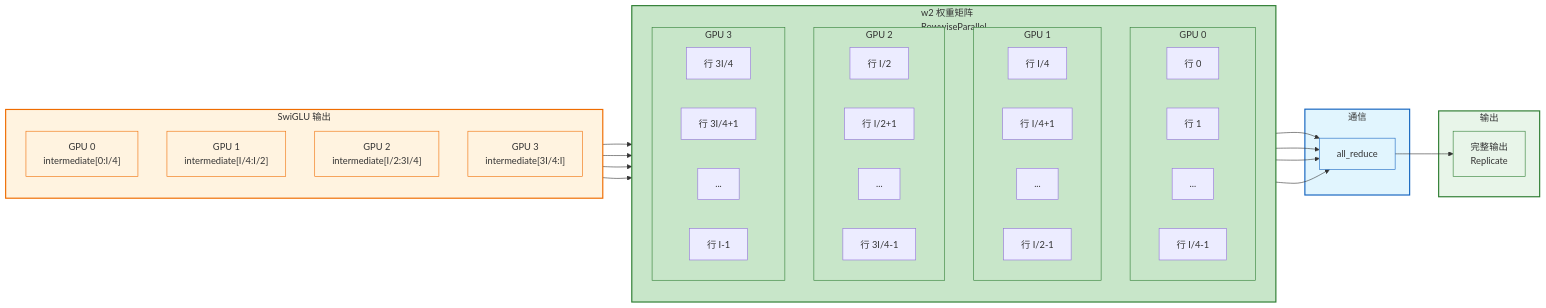
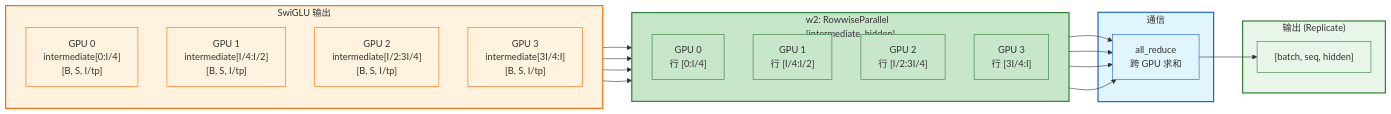
One commit to jianzhnie/ScaleTorch changed the eighth of 18 diagrams in docs/fsdp2_tp_tutorial.md. Above: the diagram before and after it, drawn with Mermaid. The commit also changed other lines of this file, not shown here.

First line of the commit message:
docs: update fsdp2 tp tutorial with improved diagrams

````diff
--- a/docs/fsdp2_tp_tutorial.md
+++ b/docs/fsdp2_tp_tutorial.md
@@ -626,68 +655,48 @@
 ```mermaid
 flowchart LR
     subgraph SwiGLU["SwiGLU 输出"]
         direction TB
-        S0["GPU 0\nintermediate[0:I/4]"]
-        S1["GPU 1\nintermediate[I/4:I/2]"]
-        S2["GPU 2\nintermediate[I/2:3I/4]"]
-        S3["GPU 3\nintermediate[3I/4:I]"]
+        S0["GPU 0\nintermediate[0:I/4]\n[B, S, I/tp]"]
+        S1["GPU 1\nintermediate[I/4:I/2]\n[B, S, I/tp]"]
+        S2["GPU 2\nintermediate[I/2:3I/4]\n[B, S, I/tp]"]
+        S3["GPU 3\nintermediate[3I/4:I]\n[B, S, I/tp]"]
     end
 
-    subgraph W2["w2 权重矩阵\nRowwiseParallel"]
+    subgraph W2["w2: RowwiseParallel\n[intermediate, hidden]"]
         direction TB
-        subgraph W2GPU0["GPU 0"]
-            R00["行 0"]
-            R01["行 1"]
-            R02["..."]
-            R03["行 I/4-1"]
-        end
-        subgraph W2GPU1["GPU 1"]
-            R10["行 I/4"]
-            R11["行 I/4+1"]
-            R12["..."]
-            R13["行 I/2-1"]
-        end
-        subgraph W2GPU2["GPU 2"]
-            R20["行 I/2"]
-            R21["行 I/2+1"]
-            R22["..."]
-            R23["行 3I/4-1"]
-        end
-        subgraph W2GPU3["GPU 3"]
-            R30["行 3I/4"]
-            R31["行 3I/4+1"]
-            R32["..."]
-            R33["行 I-1"]
-        end
+        R0["GPU 0\n行 [0:I/4]"]
+        R1["GPU 1\n行 [I/4:I/2]"]
+        R2["GPU 2\n行 [I/2:3I/4]"]
+        R3["GPU 3\n行 [3I/4:I]"]
     end
 
     subgraph Comm["通信"]
-        AR["all_reduce"]
+        AR["all_reduce\n跨 GPU 求和"]
     end
 
-    subgraph Out["输出"]
-        Y["完整输出\nReplicate"]
+    subgraph Out["输出 (Replicate)"]
+        Y["[batch, seq, hidden]"]
     end
 
-    S0 --> W2GPU0
-    S1 --> W2GPU1
-    S2 --> W2GPU2
-    S3 --> W2GPU3
-    W2GPU0 & W2GPU1 & W2GPU2 & W2GPU3 --> AR
+    S0 --> R0
+    S1 --> R1
+    S2 --> R2
+    S3 --> R3
+    R0 & R1 & R2 & R3 --> AR
     AR --> Y
 
     style SwiGLU fill:#fff3e0,stroke:#ef6c00,stroke-width:2px
     style W2 fill:#c8e6c9,stroke:#2e7d32,stroke-width:2px
     style Comm fill:#e1f5fe,stroke:#1565c0,stroke-width:2px
     style Out fill:#e8f5e9,stroke:#2e7d32,stroke-width:2px
     style S0 fill:#fff3e0,stroke:#ef6c00
     style S1 fill:#fff3e0,stroke:#ef6c00
     style S2 fill:#fff3e0,stroke:#ef6c00
     style S3 fill:#fff3e0,stroke:#ef6c00
-    style W2GPU0 fill:#c8e6c9,stroke:#2e7d32
-    style W2GPU1 fill:#c8e6c9,stroke:#2e7d32
-    style W2GPU2 fill:#c8e6c9,stroke:#2e7d32
-    style W2GPU3 fill:#c8e6c9,stroke:#2e7d32
+    style R0 fill:#c8e6c9,stroke:#2e7d32
+    style R1 fill:#c8e6c9,stroke:#2e7d32
+    style R2 fill:#c8e6c9,stroke:#2e7d32
+    style R3 fill:#c8e6c9,stroke:#2e7d32
     style AR fill:#e1f5fe,stroke:#1565c0
     style Y fill:#e8f5e9,stroke:#2e7d32
 ```
````
